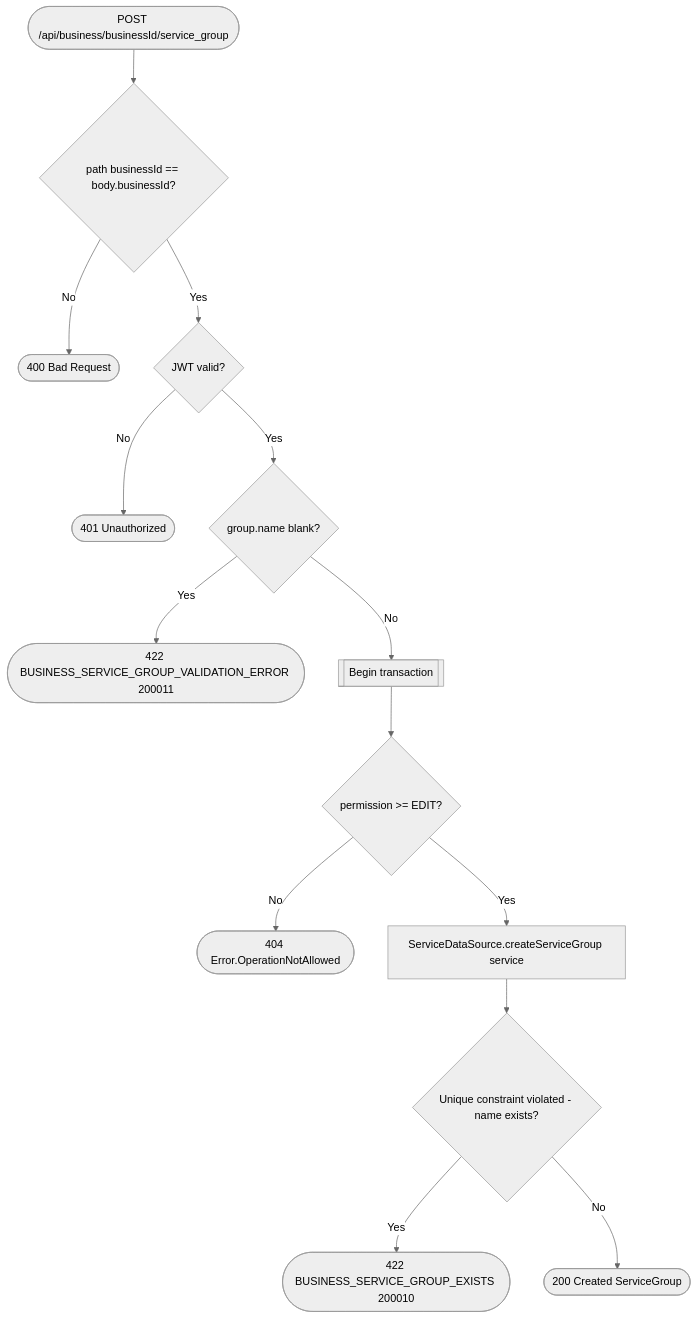
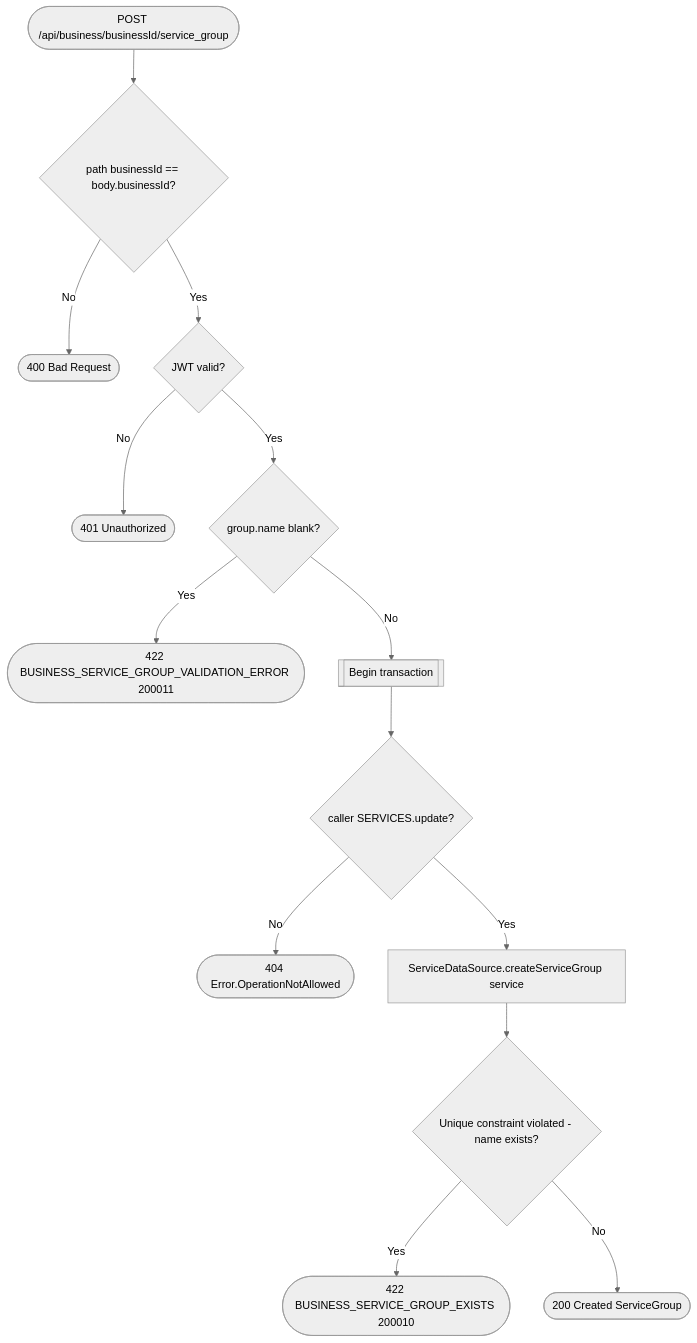
One commit to an22/bookk.me-backend changed the diagram in docs/operations/business/create-service-group.md. Above: the diagram before and after it, drawn with Mermaid (neutral theme). The commit also changed 157 other files, not shown here.

````diff
--- a/docs/operations/business/create-service-group.md
+++ b/docs/operations/business/create-service-group.md
@@ -5,16 +5,16 @@
 ```mermaid
 flowchart TD
     Start([POST /api/business/businessId/service_group]) --> PathCheck{path businessId == body.businessId?}
     PathCheck -- No --> R400([400 Bad Request])
     PathCheck -- Yes --> Auth{JWT valid?}
     Auth -- No --> R401([401 Unauthorized])
     Auth -- Yes --> NameCheck{group.name blank?}
     NameCheck -- Yes --> R422a([422 BUSINESS_SERVICE_GROUP_VALIDATION_ERROR 200011])
     NameCheck -- No --> Tx[[Begin transaction]]
-    Tx --> Perm{permission >= EDIT?}
+    Tx --> Perm{caller SERVICES.update?}
     Perm -- No --> R404([404 Error.OperationNotAllowed])
     Perm -- Yes --> Create[ServiceDataSource.createServiceGroup service]
     Create --> Constraint{Unique constraint violated - name exists?}
     Constraint -- Yes --> R422b([422 BUSINESS_SERVICE_GROUP_EXISTS 200010])
     Constraint -- No --> R200([200 Created ServiceGroup])
 ```
````
